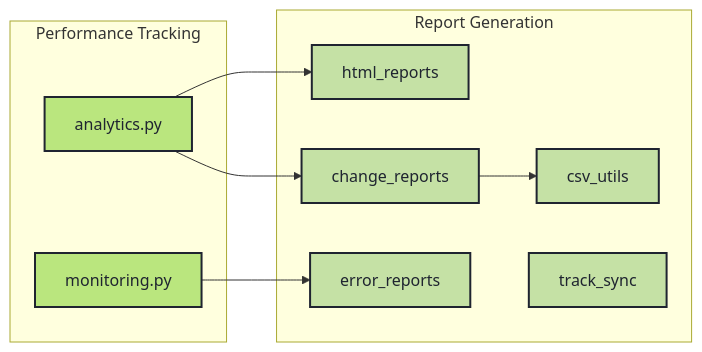
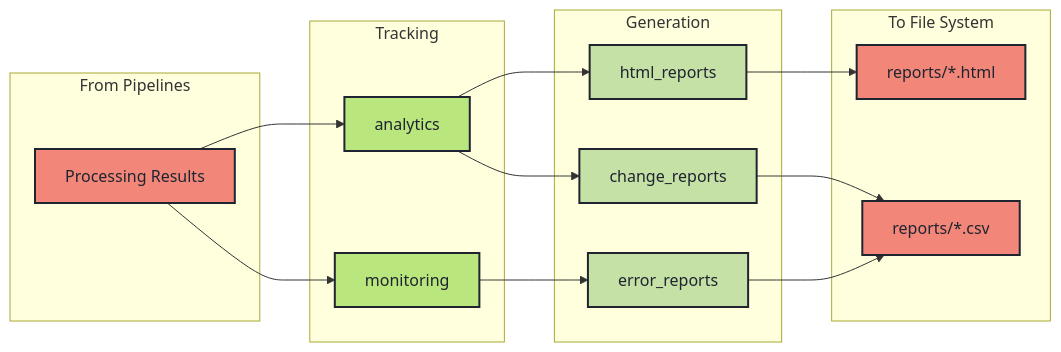
One commit to barad1tos/GenreUpdater changed the eighth of 8 diagrams in README.md. Above: the diagram before and after it, drawn with Mermaid. The commit also changed other lines of this file, not shown here.

First line of the commit message:
docs(readme): C4-style architecture diagrams

````diff
--- a/README.md
+++ b/README.md
@@ -543,25 +623,35 @@
 ```mermaid
 graph LR
-    subgraph Analytics["Performance Tracking"]
-        AN[analytics.py]
-        MO[monitoring.py]
+    subgraph Input["From Pipelines"]
+        Data[Processing Results]
     end
 
-    subgraph Reports["Report Generation"]
+    subgraph Analytics["Tracking"]
+        AN[analytics]
+        MO[monitoring]
+    end
+
+    subgraph Reports["Generation"]
         HR[html_reports]
         CR[change_reports]
         ER[error_reports]
-        CSV[csv_utils]
-        TS[track_sync]
     end
 
-    AN --> HR
-    AN --> CR
+    subgraph Output["To File System"]
+        HTML[reports/*.html]
+        CSV[reports/*.csv]
+    end
+
+    Data --> AN & MO
+    AN --> HR & CR
     MO --> ER
-    CR --> CSV
+    HR --> HTML
+    CR & ER --> CSV
 
-    classDef analytics fill:#BAE67E,stroke:#1F2430,stroke-width:2px,color:#1F2430
-    classDef reports fill:#C5E1A5,stroke:#1F2430,stroke-width:2px,color:#1F2430
-    class AN,MO analytics
-    class HR,CR,ER,CSV,TS reports
+    classDef io fill:#F28779,stroke:#1F2430,stroke-width:2px,color:#1F2430
+    classDef track fill:#BAE67E,stroke:#1F2430,stroke-width:2px,color:#1F2430
+    classDef report fill:#C5E1A5,stroke:#1F2430,stroke-width:2px,color:#1F2430
+    class Data,HTML,CSV io
+    class AN,MO track
+    class HR,CR,ER report
 ```
````
